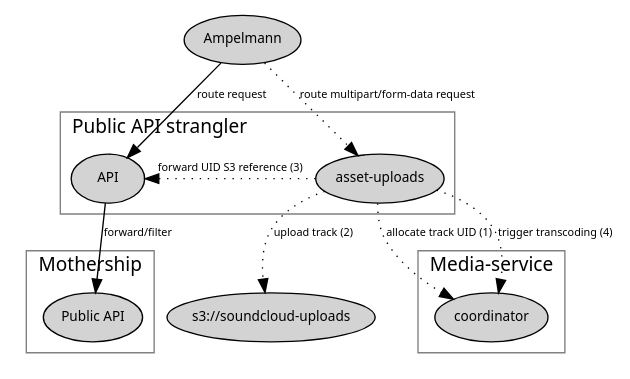
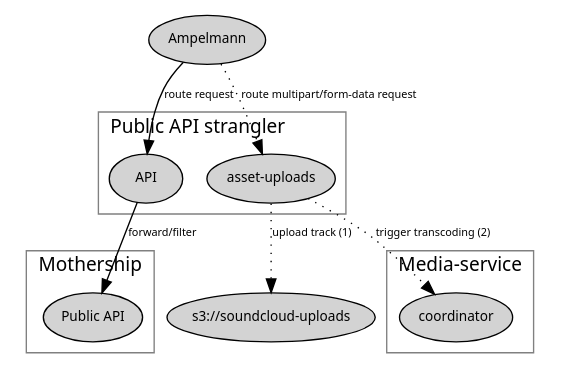
The diagram in asset-uploads/doc/overview.dot (soundcloud/api), drawn with Graphviz before and after one commit. The commit also changed 12 other files, not shown here.

First line of the commit message:
[AW-815] Use new create transcoding API (#909)

```diff
--- a/asset-uploads/doc/overview.dot
+++ b/asset-uploads/doc/overview.dot
@@ -1,47 +1,45 @@
 digraph overview {
 
   node [colorscheme=set37 style="rounded,filled" fontname=sans fontsize=10];
   edge [fontname="sans" fontsize=8];
   color="grey";
   fontname="sans";
   labeljust="l";
   newrank=true;
 
   ampelmann[label="Ampelmann"];
 
   s3[label="s3://soundcloud-uploads"];
 
   subgraph cluster_ms {
     label="Mothership";
     rank=same;
 
     ms_public_api [label="Public API"];
   }
 
   subgraph cluster_media_service {
     label="Media-service";
     rank=same;
 
     media_service_coordinator [label="coordinator"];
   }
 
   subgraph cluster_pas {
     label="Public API strangler";
     rank=same;
 
     pas_api           [label="API"];
     pas_asset_uploads [label="asset-uploads"];
   }
 
   // Regular request flow -- forward/filtering elided.
   ampelmann -> pas_api       [label="route request"];
   pas_api   -> ms_public_api [label="forward/filter"];
 
   // Specific flow for POST/PUT + multipart/form-data requests.
   ampelmann -> pas_asset_uploads     [style="dotted", label="route multipart/form-data request"];
-  pas_asset_uploads -> media_service_coordinator [style="dotted", label="allocate track UID (1)"];
-  pas_asset_uploads -> s3            [style="dotted", label="upload track (2)"];
-  pas_asset_uploads -> pas_api       [style="dotted", label="forward UID S3 reference (3)"];
-  pas_asset_uploads -> media_service_coordinator [style="dotted", label="trigger transcoding (4)"]
+  pas_asset_uploads -> s3            [style="dotted", label="upload track (1)"];
+  pas_asset_uploads -> media_service_coordinator [style="dotted", label="trigger transcoding (2)"]
 
 }
```
